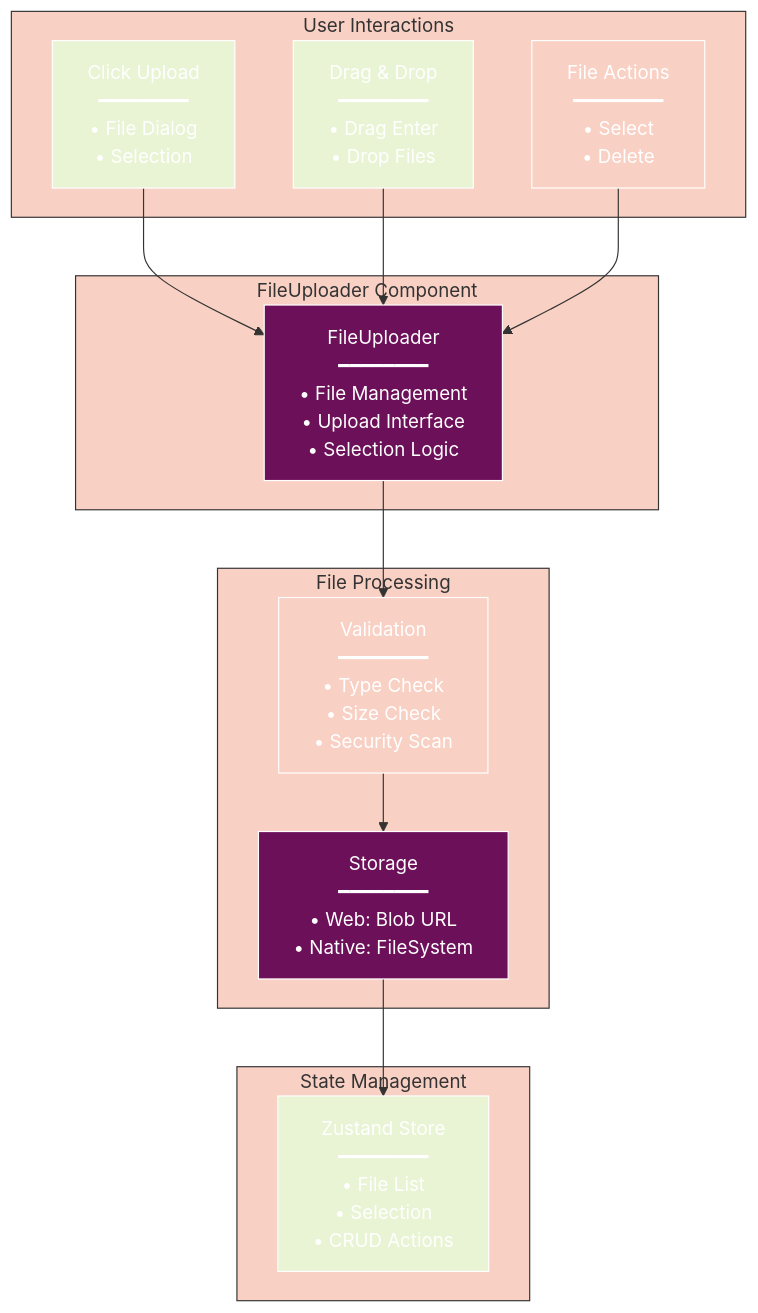
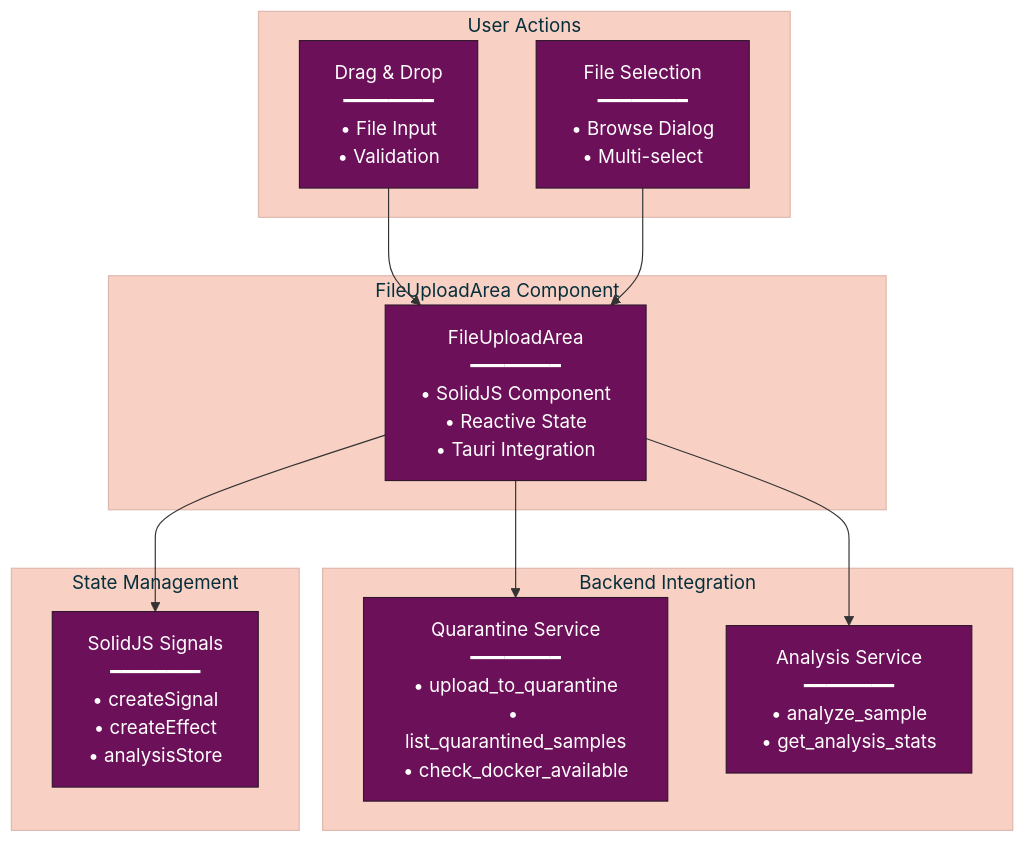
One commit to radicalkjax/Athena changed the first of 2 diagrams in docs/components/FILE_UPLOADER.md. Above: the diagram before and after it, drawn with Mermaid. The commit also changed other lines of this file and 214 other files, not shown here.

````diff
--- a/docs/components/FILE_UPLOADER.md
+++ b/docs/components/FILE_UPLOADER.md
@@ -34,57 +35,36 @@
 ```mermaid
 %%{init: {
   'theme': 'base',
   'themeVariables': {
     'primaryColor': '#6d105a',
     'primaryTextColor': '#ffffff',
-    'primaryBorderColor': '#ffffff',
     'lineColor': '#333333',
     'secondaryColor': '#e8f4d4',
-    'secondaryTextColor': '#333333',
-    'secondaryBorderColor': '#333333',
-    'tertiaryColor': '#f9d0c4',
-    'tertiaryTextColor': '#333333',
-    'tertiaryBorderColor': '#333333',
-    'background': '#ffffff',
-    'mainBkg': '#6d105a',
-    'secondBkg': '#e8f4d4',
-    'tertiaryBkg': '#f9d0c4',
-    'textColor': '#333333',
-    'fontFamily': 'Arial, sans-serif'
+    'tertiaryColor': '#f9d0c4'
   }
 }}%%
-graph TD
-    subgraph "FileUploader Component"
-        A[FileUploader<br/>━━━━━━━━<br/>• File Management<br/>• Upload Interface<br/>• Selection Logic]
+graph TB
+    subgraph "FileUploadArea Component"
+        A[FileUploadArea<br/>━━━━━━━━<br/>• SolidJS Component<br/>• Reactive State<br/>• Tauri Integration]
     end
-    
-    subgraph "User Interactions"
-        B[Click Upload<br/>━━━━━━━━<br/>• File Dialog<br/>• Selection]
-        C[Drag & Drop<br/>━━━━━━━━<br/>• Drag Enter<br/>• Drop Files]
-        D[File Actions<br/>━━━━━━━━<br/>• Select<br/>• Delete]
+
+    subgraph "User Actions"
+        B[Drag & Drop<br/>━━━━━━━━<br/>• File Input<br/>• Validation]
+        C[File Selection<br/>━━━━━━━━<br/>• Browse Dialog<br/>• Multi-select]
     end
-    
-    subgraph "File Processing"
-        E[Validation<br/>━━━━━━━━<br/>• Type Check<br/>• Size Check<br/>• Security Scan]
-        F[Storage<br/>━━━━━━━━<br/>• Web: Blob URL<br/>• Native: FileSystem]
+
+    subgraph "Backend Integration"
+        D[Quarantine Service<br/>━━━━━━━━<br/>• upload_to_quarantine<br/>• list_quarantined_samples<br/>• check_docker_available]
+        E[Analysis Service<br/>━━━━━━━━<br/>• analyze_sample<br/>• get_analysis_stats]
     end
-    
+
     subgraph "State Management"
-        G[Zustand Store<br/>━━━━━━━━<br/>• File List<br/>• Selection<br/>• CRUD Actions]
+        F[SolidJS Signals<br/>━━━━━━━━<br/>• createSignal<br/>• createEffect<br/>• analysisStore]
     end
-    
+
     B --> A
     C --> A
-    D --> A
+    A --> D
     A --> E
-    E --> F
-    F --> G
-    
-    style A fill:#6d105a
-    style B fill:#e8f4d4
-    style C fill:#e8f4d4
-    style D fill:#f9d0c4
-    style E fill:#f9d0c4
-    style F fill:#6d105a
-    style G fill:#e8f4d4
+    A --> F
 ```
````
